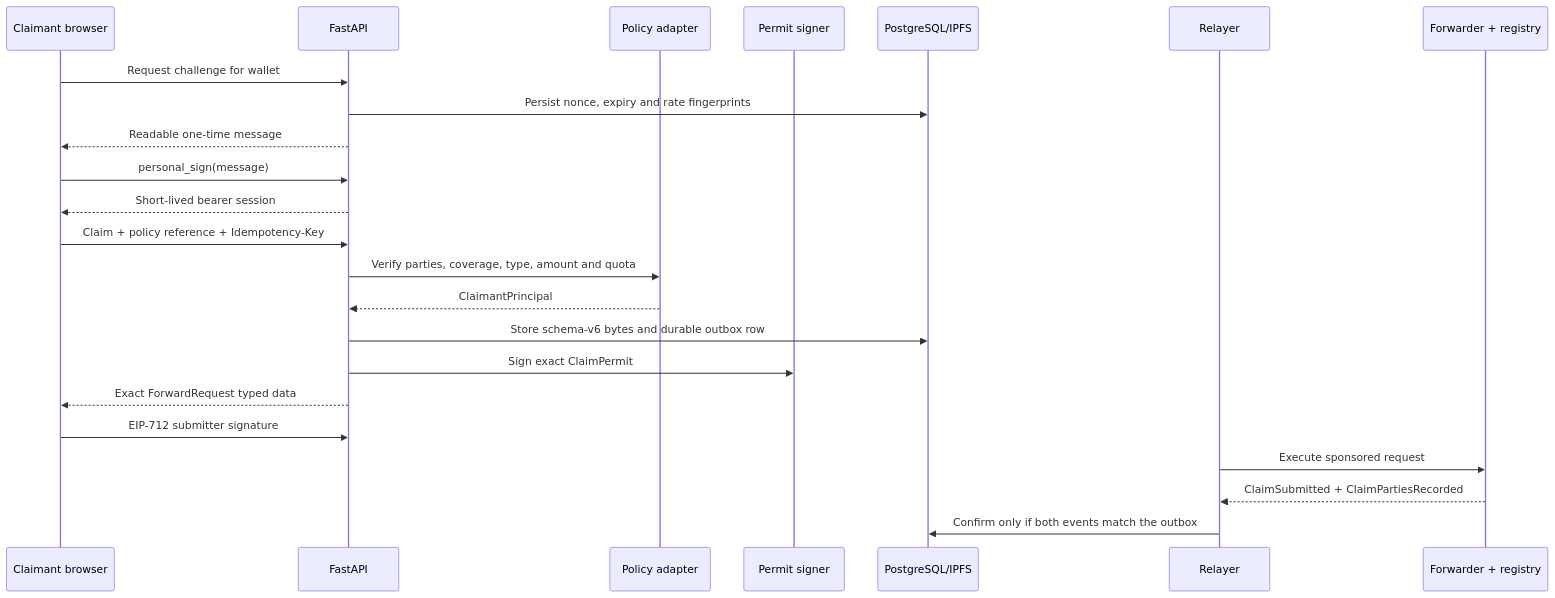
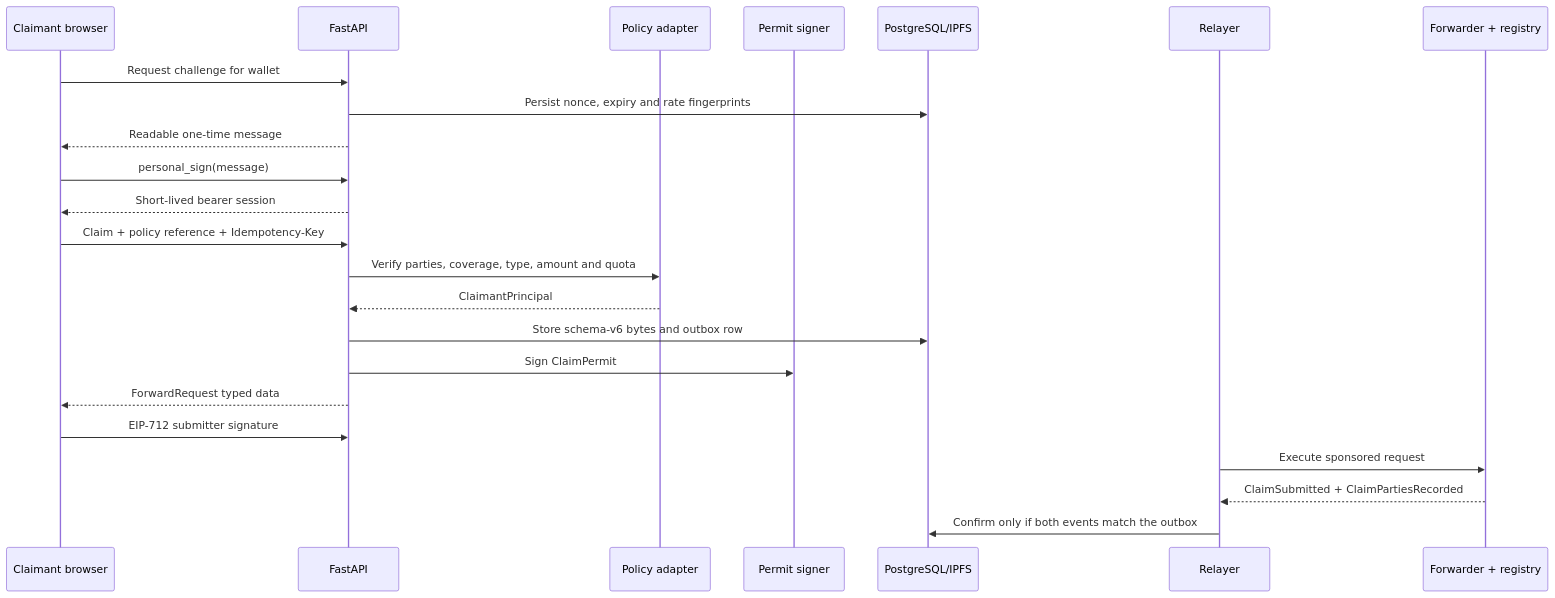
The diagram in docs/README.md (ganesh1997oli/Decentralized-Claims-Registry), drawn with Mermaid before and after one commit. The commit also changed other lines of this file and 80 other files, not shown here.

````diff
--- a/docs/README.md
+++ b/docs/README.md
@@ -26,26 +25,26 @@
 ```mermaid
 sequenceDiagram
     participant U as Claimant browser
     participant A as FastAPI
     participant P as Policy adapter
     participant S as Permit signer
     participant D as PostgreSQL/IPFS
     participant R as Relayer
     participant C as Forwarder + registry
 
     U->>A: Request challenge for wallet
     A->>D: Persist nonce, expiry and rate fingerprints
     A-->>U: Readable one-time message
     U->>A: personal_sign(message)
     A-->>U: Short-lived bearer session
     U->>A: Claim + policy reference + Idempotency-Key
     A->>P: Verify parties, coverage, type, amount and quota
     P-->>A: ClaimantPrincipal
-    A->>D: Store schema-v6 bytes and durable outbox row
-    A->>S: Sign exact ClaimPermit
-    A-->>U: Exact ForwardRequest typed data
+    A->>D: Store schema-v6 bytes and outbox row
+    A->>S: Sign ClaimPermit
+    A-->>U: ForwardRequest typed data
     U->>A: EIP-712 submitter signature
     R->>C: Execute sponsored request
     C-->>R: ClaimSubmitted + ClaimPartiesRecorded
     R->>D: Confirm only if both events match the outbox
 ```
````
